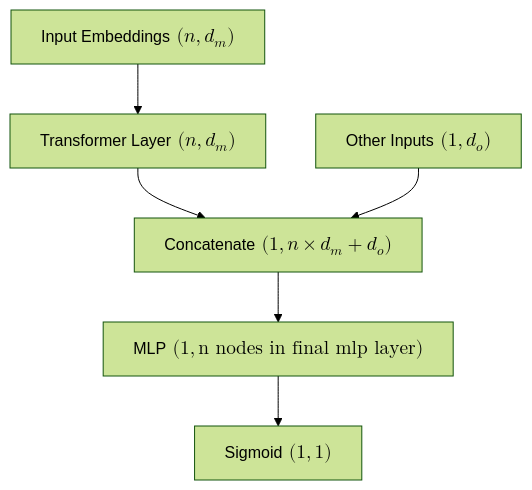
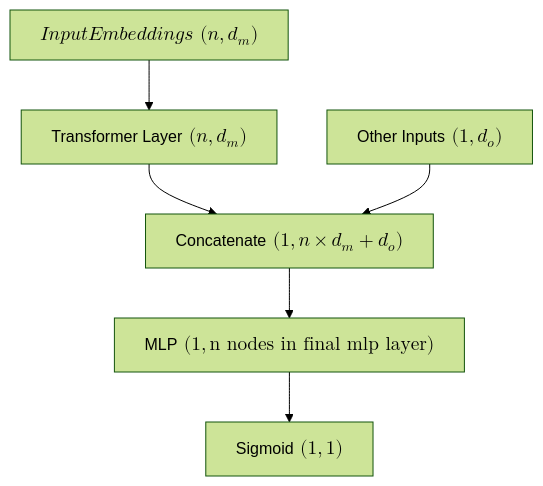
The third of 3 diagrams in machine-learning/sequential-learning/behavioural_sequence_transformers.md (simonwardjones/statistics), drawn with Mermaid (forest theme) before and after one commit. The commit also changed other lines of this file, not shown here.

````diff
--- a/machine-learning/sequential-learning/behavioural_sequence_transformers.md
+++ b/machine-learning/sequential-learning/behavioural_sequence_transformers.md
@@ -361,15 +361,15 @@
 ```mermaid
 graph TD
-    inputEmbeddings["Input Embeddings $$~(n, d_m)$$"]
+    inputEmbeddings["$$Input Embeddings ~(n, d_m)$$"]
     OtherInputs["Other Inputs $$~(1,d_o)$$"]
     TransformerLayer["Transformer Layer $$~(n, d_m)$$"]
     Concatenate["Concatenate $$~(1, n \times d_m + d_o)$$"]
     MLP["MLP $$~(1, \text{n nodes in final mlp layer})$$"]
     Sigmoid["Sigmoid $$~(1, 1)$$"]
 
     inputEmbeddings --> TransformerLayer
     TransformerLayer --> Concatenate
     OtherInputs --> Concatenate
     Concatenate --> MLP
     MLP --> Sigmoid
 ```
````
